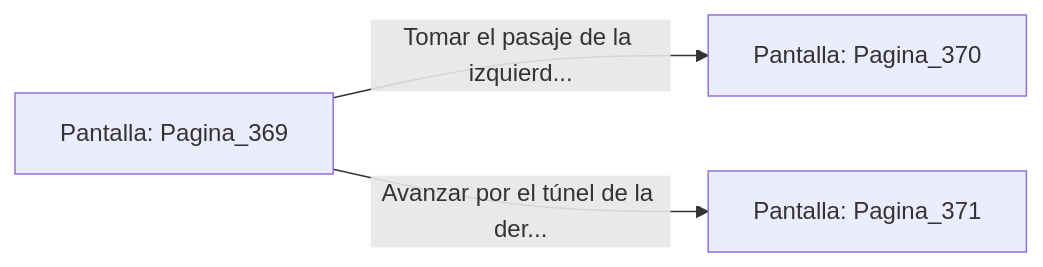
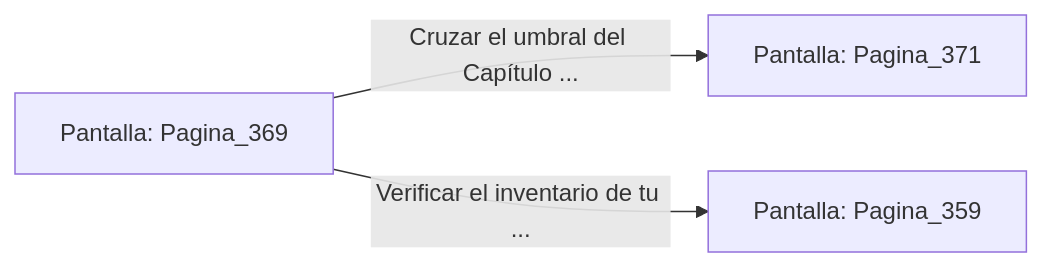
The diagram in sample/eligejuego-vault/Pantalla_Pagina_369.md (metsuke/mpl), drawn with Mermaid before and after one commit. The commit also changed other lines of this file and 635 other files, not shown here.

First line of the commit message:
fix: añadir Pagina_1 como pantalla inicial en capitulo_01.mpl

````diff
--- a/sample/eligejuego-vault/Pantalla_Pagina_369.md
+++ b/sample/eligejuego-vault/Pantalla_Pagina_369.md
@@ -20,6 +24,6 @@
 ```mermaid
 graph LR
     P_Pagina_369["Pantalla: Pagina_369"]
-    P_Pagina_369 -->|"Tomar el pasaje de la izquierd..."| P_Pagina_370["Pantalla: Pagina_370"]
-    P_Pagina_369 -->|"Avanzar por el túnel de la der..."| P_Pagina_371["Pantalla: Pagina_371"]
+    P_Pagina_369 -->|"Cruzar el umbral del Capítulo ..."| P_Pagina_371["Pantalla: Pagina_371"]
+    P_Pagina_369 -->|"Verificar el inventario de tu ..."| P_Pagina_359["Pantalla: Pagina_359"]
 ```
````
